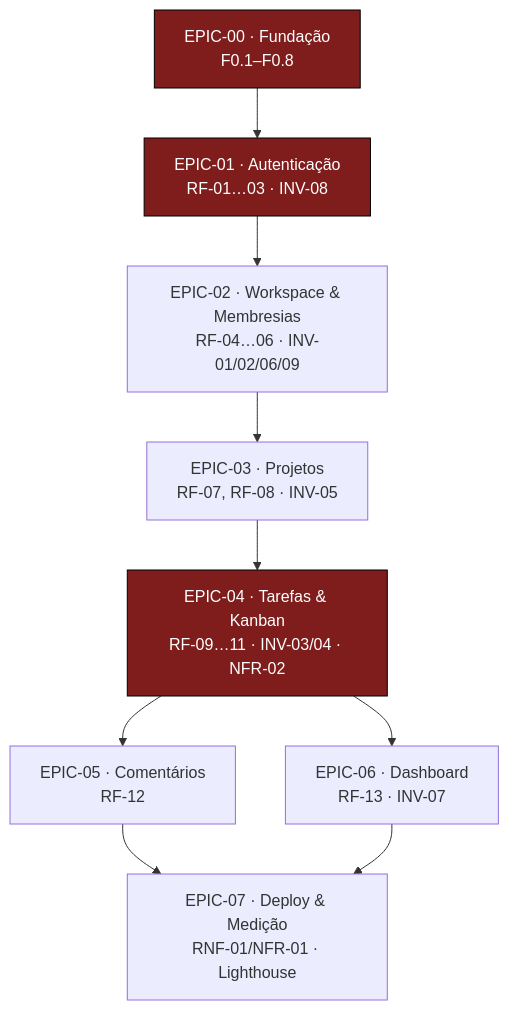
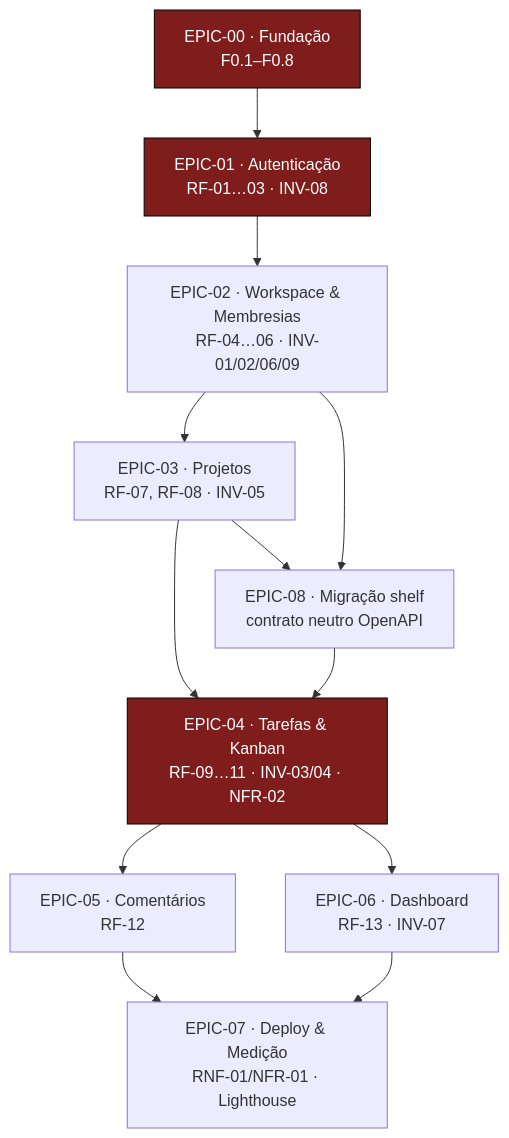
The diagram in docs/plan/README.md (DenersonNobre/DevTasks), drawn with Mermaid before and after one commit. The commit also changed other lines of this file and 17 other files, not shown here.

First line of the commit message:
feat(api): bootstrap shelf server foundation (D-08)

````diff
--- a/docs/plan/README.md
+++ b/docs/plan/README.md
@@ -30,14 +31,17 @@
 ```mermaid
 flowchart TD
   E00[EPIC-00 · Fundação<br/>F0.1–F0.8] --> E01[EPIC-01 · Autenticação<br/>RF-01…03 · INV-08]
   E01 --> E02[EPIC-02 · Workspace & Membresias<br/>RF-04…06 · INV-01/02/06/09]
   E02 --> E03[EPIC-03 · Projetos<br/>RF-07, RF-08 · INV-05]
   E03 --> E04[EPIC-04 · Tarefas & Kanban<br/>RF-09…11 · INV-03/04 · NFR-02]
   E04 --> E05[EPIC-05 · Comentários<br/>RF-12]
   E04 --> E06[EPIC-06 · Dashboard<br/>RF-13 · INV-07]
   E05 --> E07[EPIC-07 · Deploy & Medição<br/>RNF-01/NFR-01 · Lighthouse]
   E06 --> E07
+  E02 --> E08[EPIC-08 · Migração shelf<br/>contrato neutro OpenAPI]
+  E03 --> E08
+  E08 --> E04
 
   classDef crit fill:#7f1d1d,color:#fff,stroke:#000
   class E00,E01,E04 crit
 ```
````
